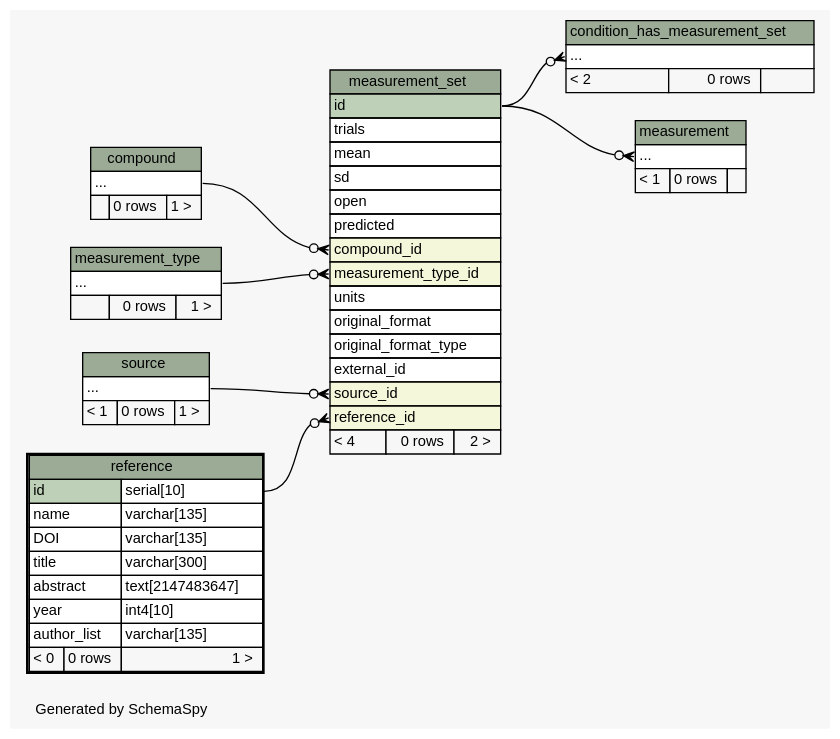
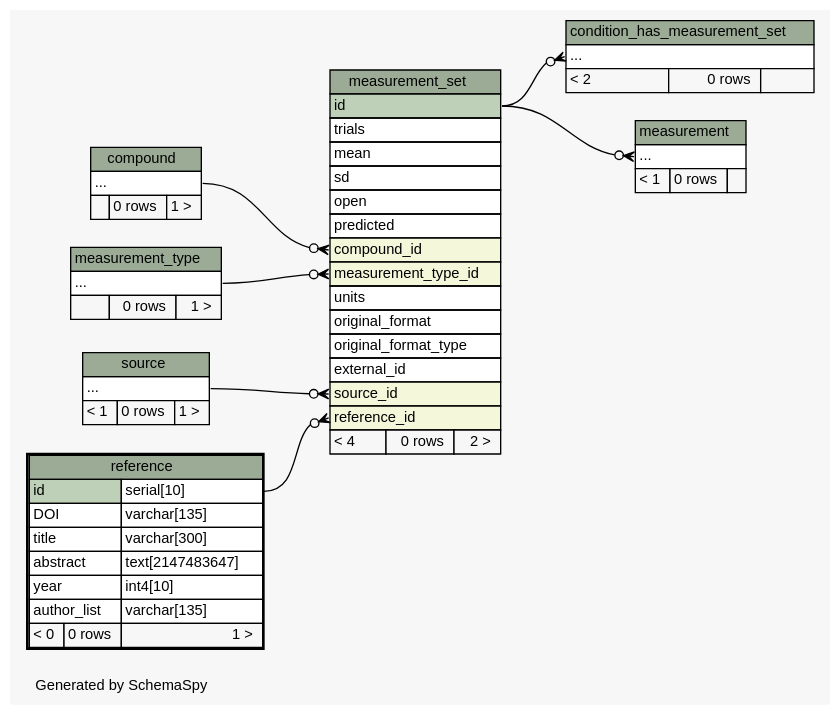
Before and after one commit to dsmurrell/smmpdb: the diagram in schemaspy/output/diagrams/reference.2degrees.dot, drawn with Graphviz. The commit also changed 88 other files, not shown here.

```diff
--- a/schemaspy/output/diagrams/reference.2degrees.dot
+++ b/schemaspy/output/diagrams/reference.2degrees.dot
@@ -1,117 +1,116 @@
 // dot 2.30.1 on Mac OS X 10.7.5
 // SchemaSpy rev 590
 digraph "twoDegreesRelationshipsDiagram" {
   graph [
     rankdir="RL"
     bgcolor="#f7f7f7"
     label="\nGenerated by SchemaSpy"
     labeljust="l"
     nodesep="0.18"
     ranksep="0.46"
     fontname="Helvetica"
     fontsize="11"
   ];
   node [
     fontname="Helvetica"
     fontsize="11"
     shape="plaintext"
   ];
   edge [
     arrowsize="0.8"
   ];
   "condition_has_measurement_set":"elipses":w -> "measurement_set":"id":e [arrowhead=none dir=back arrowtail=crowodot];
   "measurement":"elipses":w -> "measurement_set":"id":e [arrowhead=none dir=back arrowtail=crowodot];
   "measurement_set":"compound_id":w -> "compound":"elipses":e [arrowhead=none dir=back arrowtail=crowodot];
   "measurement_set":"measurement_type_id":w -> "measurement_type":"elipses":e [arrowhead=none dir=back arrowtail=crowodot];
   "measurement_set":"reference_id":w -> "reference":"id.type":e [arrowhead=none dir=back arrowtail=crowodot];
   "measurement_set":"source_id":w -> "source":"elipses":e [arrowhead=none dir=back arrowtail=crowodot];
   "compound" [
     label=<
     <TABLE BORDER="0" CELLBORDER="1" CELLSPACING="0" BGCOLOR="#ffffff">
       <TR><TD COLSPAN="3" BGCOLOR="#9bab96" ALIGN="CENTER">compound</TD></TR>
       <TR><TD PORT="elipses" COLSPAN="3" ALIGN="LEFT">...</TD></TR>
       <TR><TD ALIGN="LEFT" BGCOLOR="#f7f7f7">  </TD><TD ALIGN="RIGHT" BGCOLOR="#f7f7f7">0 rows</TD><TD ALIGN="RIGHT" BGCOLOR="#f7f7f7">1 &gt;</TD></TR>
     </TABLE>>
     URL="compound.html"
     tooltip="compound"
   ];
   "condition_has_measurement_set" [
     label=<
     <TABLE BORDER="0" CELLBORDER="1" CELLSPACING="0" BGCOLOR="#ffffff">
       <TR><TD COLSPAN="3" BGCOLOR="#9bab96" ALIGN="CENTER">condition_has_measurement_set</TD></TR>
       <TR><TD PORT="elipses" COLSPAN="3" ALIGN="LEFT">...</TD></TR>
       <TR><TD ALIGN="LEFT" BGCOLOR="#f7f7f7">&lt; 2</TD><TD ALIGN="RIGHT" BGCOLOR="#f7f7f7">0 rows</TD><TD ALIGN="RIGHT" BGCOLOR="#f7f7f7">  </TD></TR>
     </TABLE>>
     URL="condition_has_measurement_set.html"
     tooltip="condition_has_measurement_set"
   ];
   "measurement" [
     label=<
     <TABLE BORDER="0" CELLBORDER="1" CELLSPACING="0" BGCOLOR="#ffffff">
       <TR><TD COLSPAN="3" BGCOLOR="#9bab96" ALIGN="CENTER">measurement</TD></TR>
       <TR><TD PORT="elipses" COLSPAN="3" ALIGN="LEFT">...</TD></TR>
       <TR><TD ALIGN="LEFT" BGCOLOR="#f7f7f7">&lt; 1</TD><TD ALIGN="RIGHT" BGCOLOR="#f7f7f7">0 rows</TD><TD ALIGN="RIGHT" BGCOLOR="#f7f7f7">  </TD></TR>
     </TABLE>>
     URL="measurement.html"
     tooltip="measurement"
   ];
   "measurement_set" [
     label=<
     <TABLE BORDER="0" CELLBORDER="1" CELLSPACING="0" BGCOLOR="#ffffff">
       <TR><TD COLSPAN="3" BGCOLOR="#9bab96" ALIGN="CENTER">measurement_set</TD></TR>
       <TR><TD PORT="id" COLSPAN="3" BGCOLOR="#bed1b8" ALIGN="LEFT">id</TD></TR>
       <TR><TD PORT="trials" COLSPAN="3" ALIGN="LEFT">trials</TD></TR>
       <TR><TD PORT="mean" COLSPAN="3" ALIGN="LEFT">mean</TD></TR>
       <TR><TD PORT="sd" COLSPAN="3" ALIGN="LEFT">sd</TD></TR>
       <TR><TD PORT="open" COLSPAN="3" ALIGN="LEFT">open</TD></TR>
       <TR><TD PORT="predicted" COLSPAN="3" ALIGN="LEFT">predicted</TD></TR>
       <TR><TD PORT="compound_id" COLSPAN="3" BGCOLOR="#f4f7da" ALIGN="LEFT">compound_id</TD></TR>
       <TR><TD PORT="measurement_type_id" COLSPAN="3" BGCOLOR="#f4f7da" ALIGN="LEFT">measurement_type_id</TD></TR>
       <TR><TD PORT="units" COLSPAN="3" ALIGN="LEFT">units</TD></TR>
       <TR><TD PORT="original_format" COLSPAN="3" ALIGN="LEFT">original_format</TD></TR>
       <TR><TD PORT="original_format_type" COLSPAN="3" ALIGN="LEFT">original_format_type</TD></TR>
       <TR><TD PORT="external_id" COLSPAN="3" ALIGN="LEFT">external_id</TD></TR>
       <TR><TD PORT="source_id" COLSPAN="3" BGCOLOR="#f4f7da" ALIGN="LEFT">source_id</TD></TR>
       <TR><TD PORT="reference_id" COLSPAN="3" BGCOLOR="#f4f7da" ALIGN="LEFT">reference_id</TD></TR>
       <TR><TD ALIGN="LEFT" BGCOLOR="#f7f7f7">&lt; 4</TD><TD ALIGN="RIGHT" BGCOLOR="#f7f7f7">0 rows</TD><TD ALIGN="RIGHT" BGCOLOR="#f7f7f7">2 &gt;</TD></TR>
     </TABLE>>
     URL="measurement_set.html"
     tooltip="measurement_set"
   ];
   "measurement_type" [
     label=<
     <TABLE BORDER="0" CELLBORDER="1" CELLSPACING="0" BGCOLOR="#ffffff">
       <TR><TD COLSPAN="3" BGCOLOR="#9bab96" ALIGN="CENTER">measurement_type</TD></TR>
       <TR><TD PORT="elipses" COLSPAN="3" ALIGN="LEFT">...</TD></TR>
       <TR><TD ALIGN="LEFT" BGCOLOR="#f7f7f7">  </TD><TD ALIGN="RIGHT" BGCOLOR="#f7f7f7">0 rows</TD><TD ALIGN="RIGHT" BGCOLOR="#f7f7f7">1 &gt;</TD></TR>
     </TABLE>>
     URL="measurement_type.html"
     tooltip="measurement_type"
   ];
   "reference" [
     label=<
     <TABLE BORDER="2" CELLBORDER="1" CELLSPACING="0" BGCOLOR="#ffffff">
       <TR><TD COLSPAN="3" BGCOLOR="#9bab96" ALIGN="CENTER">reference</TD></TR>
       <TR><TD PORT="id" COLSPAN="2" BGCOLOR="#bed1b8" ALIGN="LEFT">id</TD><TD PORT="id.type" ALIGN="LEFT">serial[10]</TD></TR>
-      <TR><TD PORT="name" COLSPAN="2" ALIGN="LEFT">name</TD><TD PORT="name.type" ALIGN="LEFT">varchar[135]</TD></TR>
       <TR><TD PORT="DOI" COLSPAN="2" ALIGN="LEFT">DOI</TD><TD PORT="DOI.type" ALIGN="LEFT">varchar[135]</TD></TR>
       <TR><TD PORT="title" COLSPAN="2" ALIGN="LEFT">title</TD><TD PORT="title.type" ALIGN="LEFT">varchar[300]</TD></TR>
       <TR><TD PORT="abstract" COLSPAN="2" ALIGN="LEFT">abstract</TD><TD PORT="abstract.type" ALIGN="LEFT">text[2147483647]</TD></TR>
       <TR><TD PORT="year" COLSPAN="2" ALIGN="LEFT">year</TD><TD PORT="year.type" ALIGN="LEFT">int4[10]</TD></TR>
       <TR><TD PORT="author_list" COLSPAN="2" ALIGN="LEFT">author_list</TD><TD PORT="author_list.type" ALIGN="LEFT">varchar[135]</TD></TR>
       <TR><TD ALIGN="LEFT" BGCOLOR="#f7f7f7">&lt; 0</TD><TD ALIGN="RIGHT" BGCOLOR="#f7f7f7">0 rows</TD><TD ALIGN="RIGHT" BGCOLOR="#f7f7f7">1 &gt;</TD></TR>
     </TABLE>>
     URL="reference.html"
     tooltip="reference"
   ];
   "source" [
     label=<
     <TABLE BORDER="0" CELLBORDER="1" CELLSPACING="0" BGCOLOR="#ffffff">
       <TR><TD COLSPAN="3" BGCOLOR="#9bab96" ALIGN="CENTER">source</TD></TR>
       <TR><TD PORT="elipses" COLSPAN="3" ALIGN="LEFT">...</TD></TR>
       <TR><TD ALIGN="LEFT" BGCOLOR="#f7f7f7">&lt; 1</TD><TD ALIGN="RIGHT" BGCOLOR="#f7f7f7">0 rows</TD><TD ALIGN="RIGHT" BGCOLOR="#f7f7f7">1 &gt;</TD></TR>
     </TABLE>>
     URL="source.html"
     tooltip="source"
   ];
 }
```
